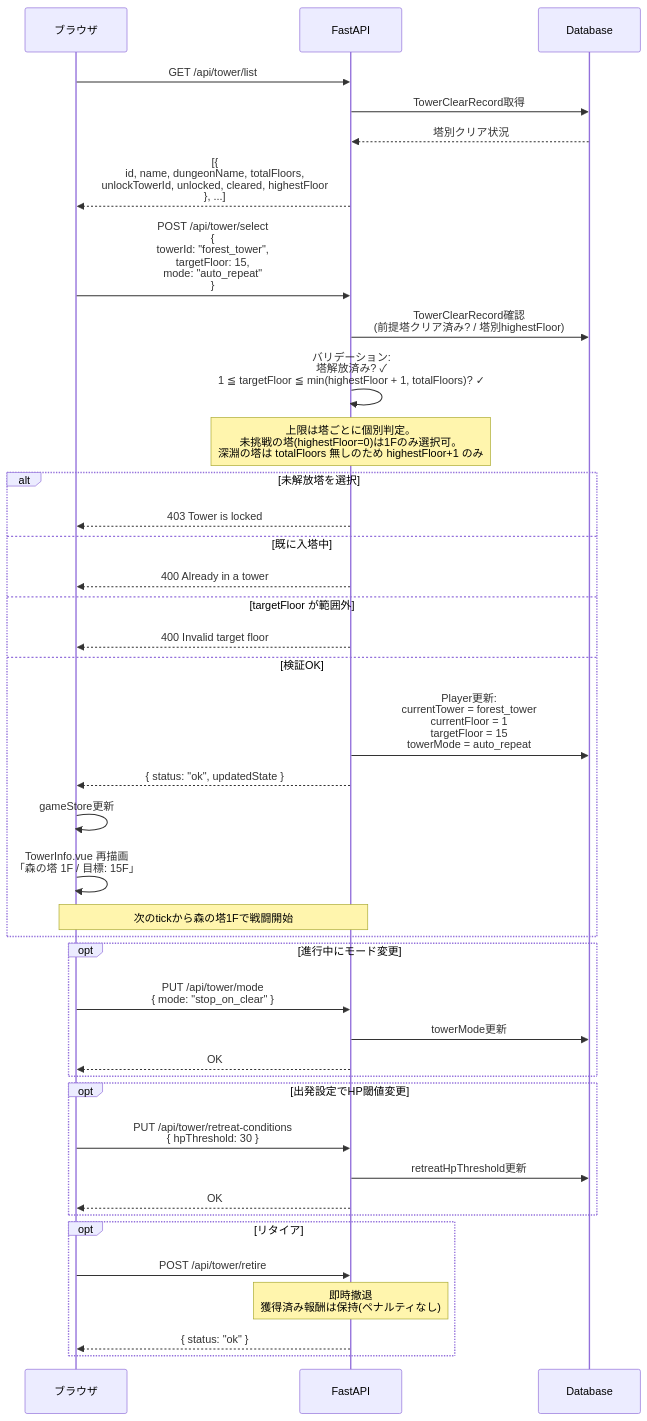
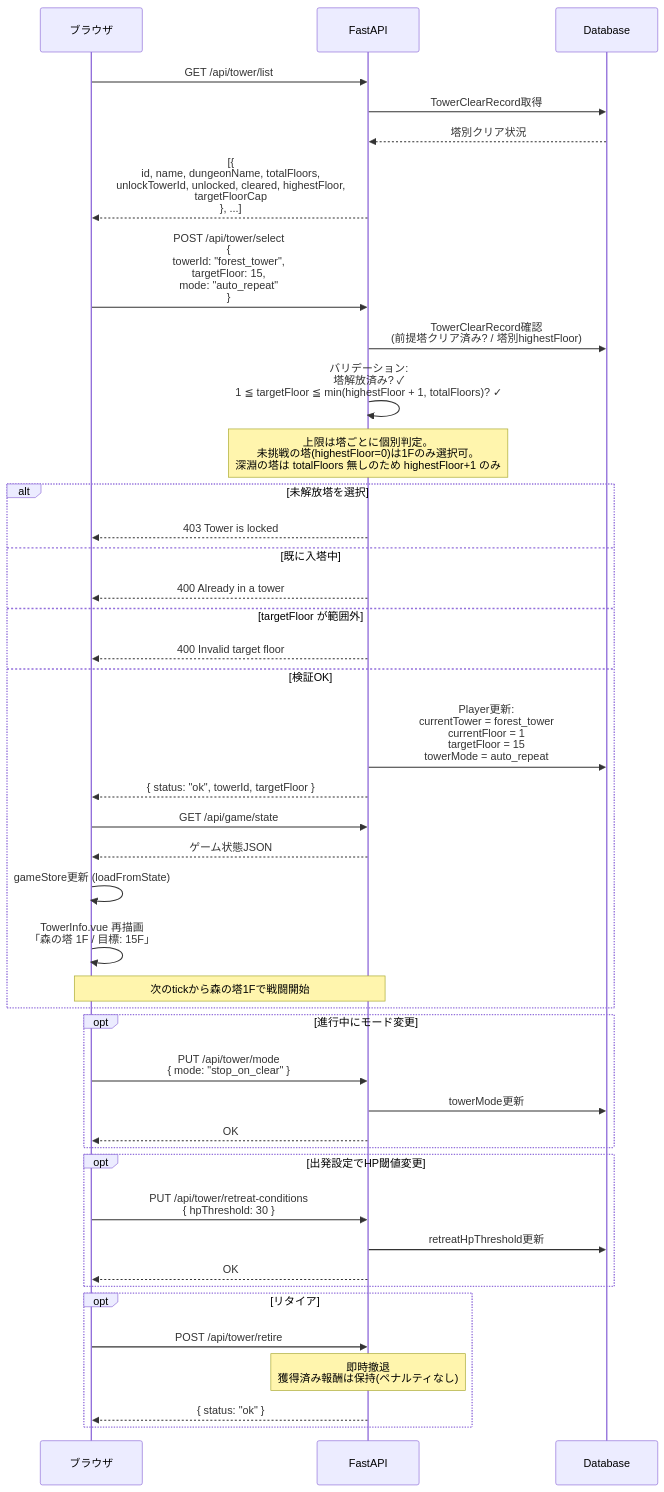
Before and after one commit to dateeee/2026_AFKGAME: the first of 3 diagrams in diagrams/api_sequence/gameplay.md, drawn with Mermaid. The commit also changed 42 other files, not shown here.

First line of the commit message:
docs: 要件定義〜製造ゲートRVの指摘42件を仕様書・設計図へ反映（fix-specs）

````diff
--- a/diagrams/api_sequence/gameplay.md
+++ b/diagrams/api_sequence/gameplay.md
@@ -7,54 +7,56 @@
 ```mermaid
 %%{init: {'theme': 'default', 'sequence': {'actorFontSize': 18, 'messageFontSize': 16, 'noteFontSize': 14}} }%%
 sequenceDiagram
     participant B as ブラウザ
     participant API as FastAPI
     participant DB as Database
 
     B->>API: GET /api/tower/list
     API->>DB: TowerClearRecord取得
     DB-->>API: 塔別クリア状況
-    API-->>B: [{<br/>  id, name, dungeonName, totalFloors,<br/>  unlockTowerId, unlocked, cleared, highestFloor<br/>}, ...]
+    API-->>B: [{<br/>  id, name, dungeonName, totalFloors,<br/>  unlockTowerId, unlocked, cleared, highestFloor,<br/>  targetFloorCap<br/>}, ...]
 
     B->>API: POST /api/tower/select<br/>{<br/>  towerId: "forest_tower",<br/>  targetFloor: 15,<br/>  mode: "auto_repeat"<br/>}
 
     API->>DB: TowerClearRecord確認<br/>(前提塔クリア済み? / 塔別highestFloor)
     API->>API: バリデーション:<br/>塔解放済み? ✓<br/>1 ≦ targetFloor ≦ min(highestFloor + 1, totalFloors)? ✓
 
     Note over API: 上限は塔ごとに個別判定。<br/>未挑戦の塔(highestFloor=0)は1Fのみ選択可。<br/>深淵の塔は totalFloors 無しのため highestFloor+1 のみ
 
     alt 未解放塔を選択
         API-->>B: 403 Tower is locked
     else 既に入塔中
         API-->>B: 400 Already in a tower
     else targetFloor が範囲外
         API-->>B: 400 Invalid target floor
     else 検証OK
         API->>DB: Player更新:<br/>currentTower = forest_tower<br/>currentFloor = 1<br/>targetFloor = 15<br/>towerMode = auto_repeat
 
-        API-->>B: { status: "ok", updatedState }
+        API-->>B: { status: "ok", towerId, targetFloor }
 
-        B->>B: gameStore更新
+        B->>API: GET /api/game/state
+        API-->>B: ゲーム状態JSON
+        B->>B: gameStore更新 (loadFromState)
         B->>B: TowerInfo.vue 再描画<br/>「森の塔 1F / 目標: 15F」
 
         Note over B,API: 次のtickから森の塔1Fで戦闘開始
     end
 
     opt 進行中にモード変更
         B->>API: PUT /api/tower/mode<br/>{ mode: "stop_on_clear" }
         API->>DB: towerMode更新
         API-->>B: OK
     end
 
     opt 出発設定でHP閾値変更
         B->>API: PUT /api/tower/retreat-conditions<br/>{ hpThreshold: 30 }
         API->>DB: retreatHpThreshold更新
         API-->>B: OK
     end
 
     opt リタイア
         B->>API: POST /api/tower/retire
         Note over API: 即時撤退<br/>獲得済み報酬は保持(ペナルティなし)
         API-->>B: { status: "ok" }
     end
 ```
````
